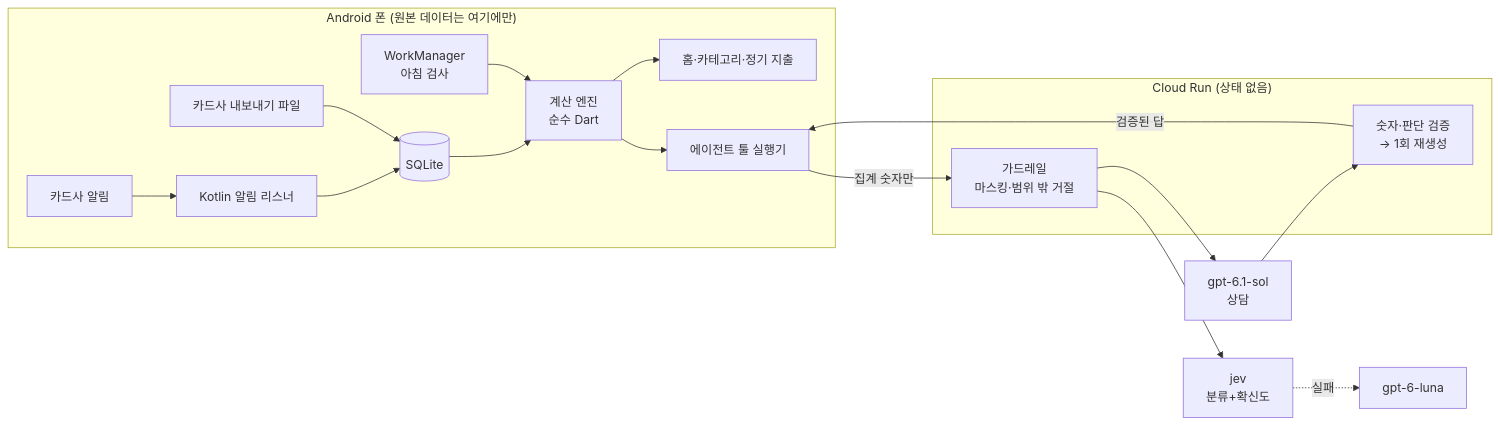
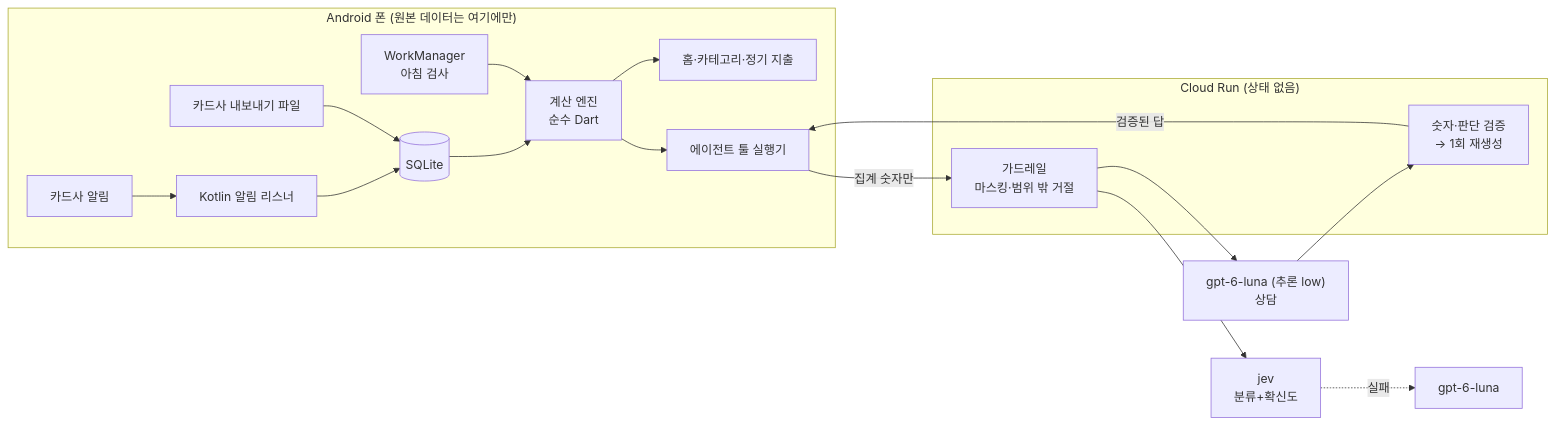
Before and after one commit to LeeJaeHu/conmoney: the diagram in README.md, drawn with Mermaid. The commit also changed other lines of this file and 5 other files, not shown here.

Commit message:
상담 모델을 gpt-6-luna(추론 low)로 변경 — 평가 E11·E12 근거

````diff
--- a/README.md
+++ b/README.md
@@ -37,22 +37,22 @@
 ```mermaid
 flowchart LR
   subgraph Phone["Android 폰 (원본 데이터는 여기에만)"]
     N[카드사 알림] --> L[Kotlin 알림 리스너]
     L --> DB[(SQLite)]
     CSV[카드사 내보내기 파일] --> DB
     DB --> E[계산 엔진<br/>순수 Dart]
     E --> UI[홈·카테고리·정기 지출]
     E --> T[에이전트 툴 실행기]
     W[WorkManager<br/>아침 검사] --> E
   end
   subgraph Server["Cloud Run (상태 없음)"]
     G[가드레일<br/>마스킹·범위 밖 거절]
     V[숫자·판단 검증<br/>→ 1회 재생성]
   end
   T -- "집계 숫자만" --> G
-  G --> O["gpt-6.1-sol<br/>상담"]
+  G --> O["gpt-6-luna (추론 low)<br/>상담"]
   G --> J["jev<br/>분류+확신도"]
   J -. 실패 .-> LU[gpt-6-luna]
   O --> V
   V -- "검증된 답" --> T
 ```
````
